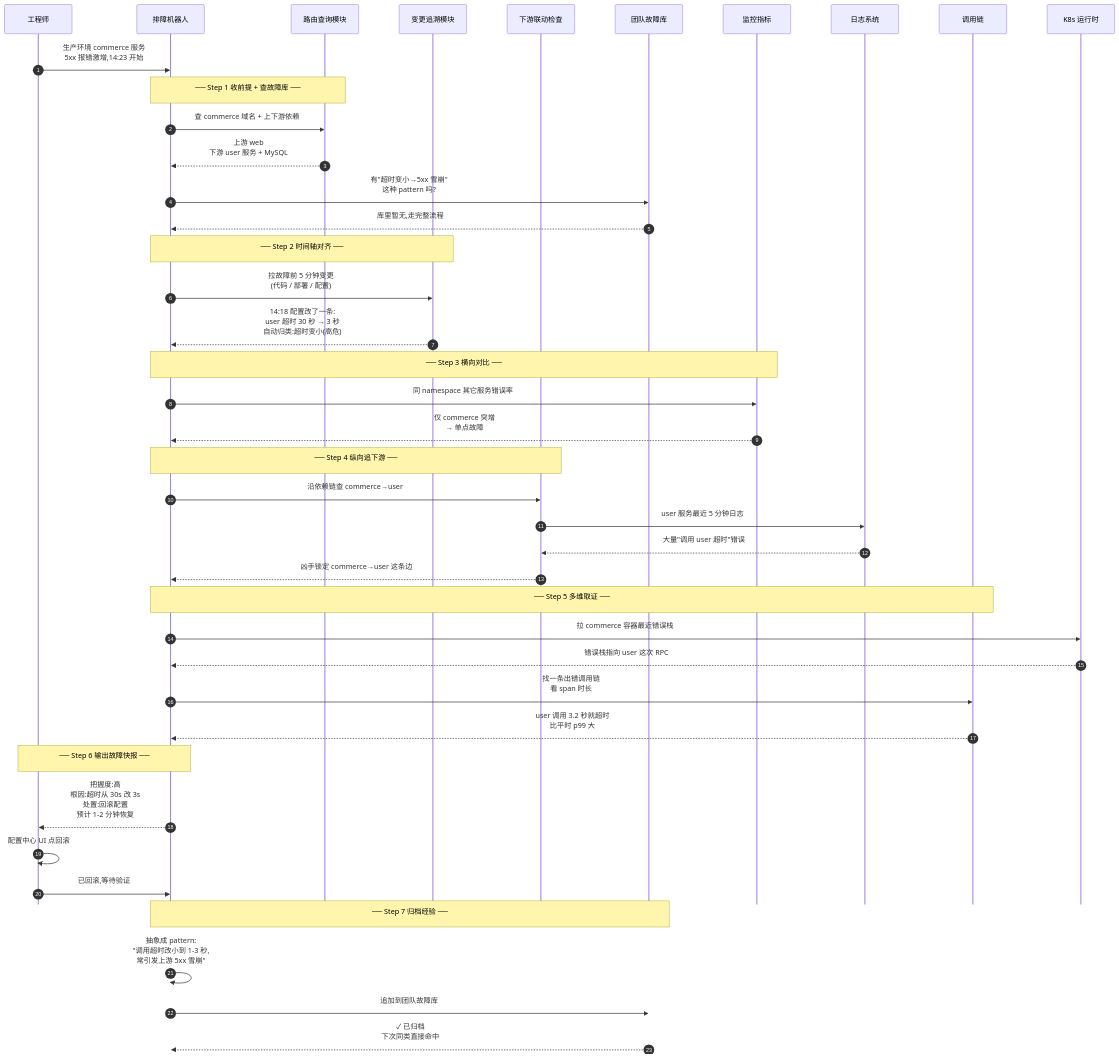
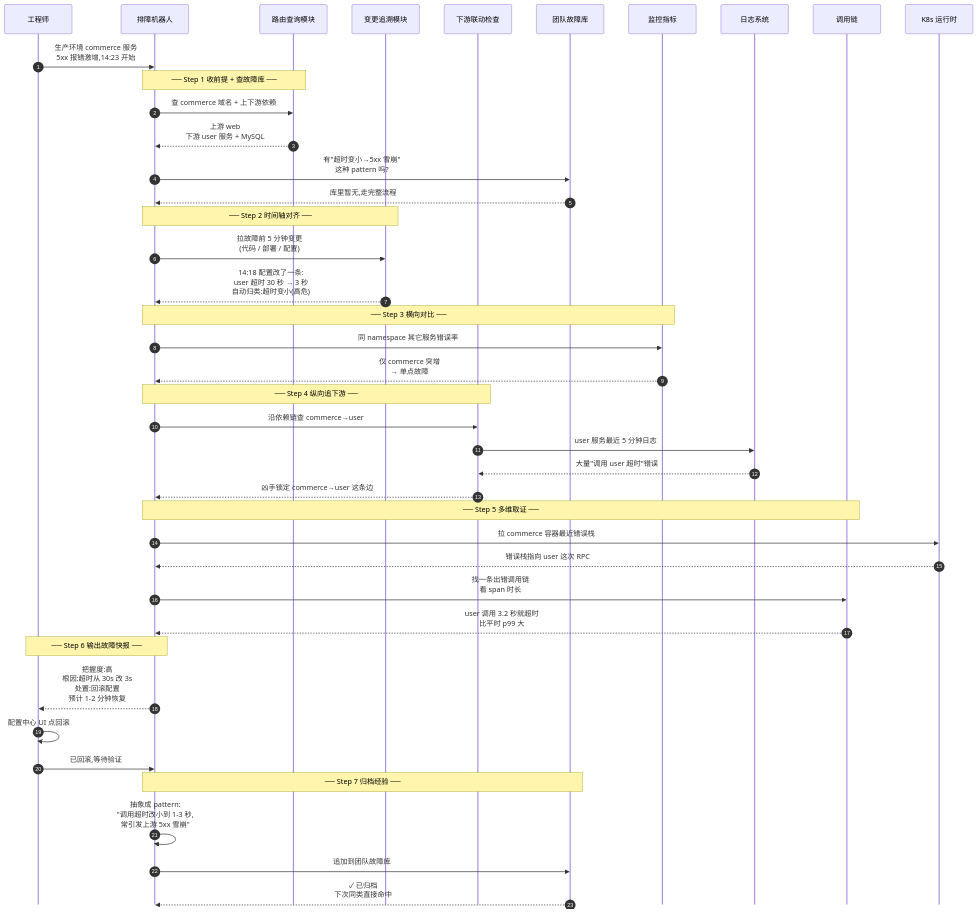
One commit to 452562082/troubleshooter-studio changed the second of 2 diagrams in docs/agent-design-verification-report.md. Above: the diagram before and after it, drawn with Mermaid. The commit also changed other lines of this file and 1 other file, not shown here.

Commit message:
流程图改紧凑布局:不嵌套 subgraph,默认间距小一半
用户反馈"间距也太长了" — 上一版加大 nodeSpacing/rankSpacing 后,
嵌套 subgraph 的 direction LR 没起效(被 mermaid 渲染器强制纵排),
5 个能力节点 + 3 个 MCP 类别节点变垂直 stack,80px rankSpacing
进一步拉爆整张图(用户截图里垂直拉了 8 屏)。

修法:

图 1 整体架构:
- 删 SkillCat 和 MCPCat 两个嵌套 subgraph(direction LR 不靠谱)
- 5 个能力 → 合到 Skills 单节点 1 行标题 + 3 行内容
- 3 个 MCP 类别 → 合到 MCPs 单节点 1 行标题 + 3 行内容
- 4 个 AI 平台 → 合到 Plats 单节点 1 行标题 + 2 行内容
- 横向 4 步流水线 W→A→G→I 用 LR direction 保留(单层不会被 override)

参数收紧:
- 图 1 nodeSpacing 60→30, rankSpacing 80→45, fontSize 15→14px
- 图 2 nodeSpacing 55→25, rankSpacing 70→40, fontSize 15→14px
- 图 3/4 sequenceDiagram actorMargin 80-90→50-55,
  noteMargin 15-18→10, messageMargin 45-50→30-32,
  boxMargin 12-15→8, fontSize 14-15→13px

效果:
- 整体高度直接腰斩
- 节点内文字行数 3-4 行仍然清晰
- 不依赖嵌套 subgraph,所有 mermaid 渲染器行为一致

````diff
--- a/docs/agent-design-verification-report.md
+++ b/docs/agent-design-verification-report.md
@@ -74,53 +74,53 @@
 ```mermaid
-%%{init: {'sequence': {'actorMargin': 90, 'noteMargin': 18, 'messageMargin': 50, 'boxMargin': 15, 'mirrorActors': false}, 'themeVariables': {'fontSize': '14px'}}}%%
+%%{init: {'sequence': {'actorMargin': 55, 'noteMargin': 10, 'messageMargin': 32, 'boxMargin': 8, 'mirrorActors': false}, 'themeVariables': {'fontSize': '13px'}}}%%
 sequenceDiagram
     autonumber
     participant Eng as 工程师
     participant Bot as 排障机器人
     participant Route as 路由查询模块
     participant Time as 变更追溯模块
     participant Cascade as 下游联动检查
     participant KB as 团队故障库
     participant Graf as 监控指标
     participant Log as 日志系统
     participant Jaeg as 调用链
     participant K8s as K8s 运行时
 
     Eng->>Bot: 生产环境 commerce 服务<br/>5xx 报错激增,14:23 开始
 
     Note over Bot,Route: ── Step 1 收前提 + 查故障库 ──
     Bot->>Route: 查 commerce 域名 + 上下游依赖
     Route-->>Bot: 上游 web<br/>下游 user 服务 + MySQL
     Bot->>KB: 有"超时变小→5xx 雪崩"<br/>这种 pattern 吗?
     KB-->>Bot: 库里暂无,走完整流程
 
     Note over Bot,Time: ── Step 2 时间轴对齐 ──
     Bot->>Time: 拉故障前 5 分钟变更<br/>(代码 / 部署 / 配置)
     Time-->>Bot: 14:18 配置改了一条:<br/>user 超时 30 秒 → 3 秒<br/>自动归类:超时变小(高危)
 
     Note over Bot,Graf: ── Step 3 横向对比 ──
     Bot->>Graf: 同 namespace 其它服务错误率
     Graf-->>Bot: 仅 commerce 突增<br/>→ 单点故障
 
     Note over Bot,Cascade: ── Step 4 纵向追下游 ──
     Bot->>Cascade: 沿依赖链查 commerce→user
     Cascade->>Log: user 服务最近 5 分钟日志
     Log-->>Cascade: 大量"调用 user 超时"错误
     Cascade-->>Bot: 凶手锁定 commerce→user 这条边
 
     Note over Bot,Jaeg: ── Step 5 多维取证 ──
     Bot->>K8s: 拉 commerce 容器最近错误栈
     K8s-->>Bot: 错误栈指向 user 这次 RPC
     Bot->>Jaeg: 找一条出错调用链<br/>看 span 时长
     Jaeg-->>Bot: user 调用 3.2 秒就超时<br/>比平时 p99 大
 
     Note over Bot,Eng: ── Step 6 输出故障快报 ──
     Bot-->>Eng: 把握度:高<br/>根因:超时从 30s 改 3s<br/>处置:回滚配置<br/>预计 1-2 分钟恢复
     Eng->>Eng: 配置中心 UI 点回滚
     Eng->>Bot: 已回滚,等待验证
 
     Note over Bot,KB: ── Step 7 归档经验 ──
     Bot->>Bot: 抽象成 pattern:<br/>"调用超时改小到 1-3 秒,<br/>常引发上游 5xx 雪崩"
     Bot->>KB: 追加到团队故障库
     KB-->>Bot: ✓ 已归档<br/>下次同类直接命中
 ```
````
